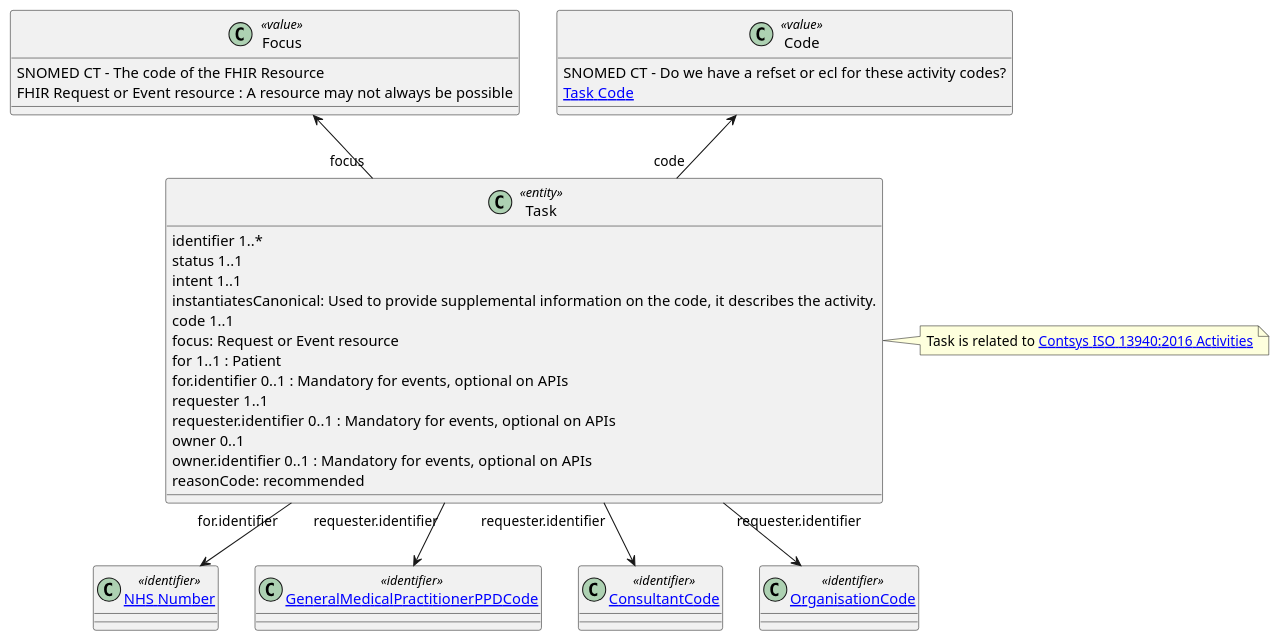
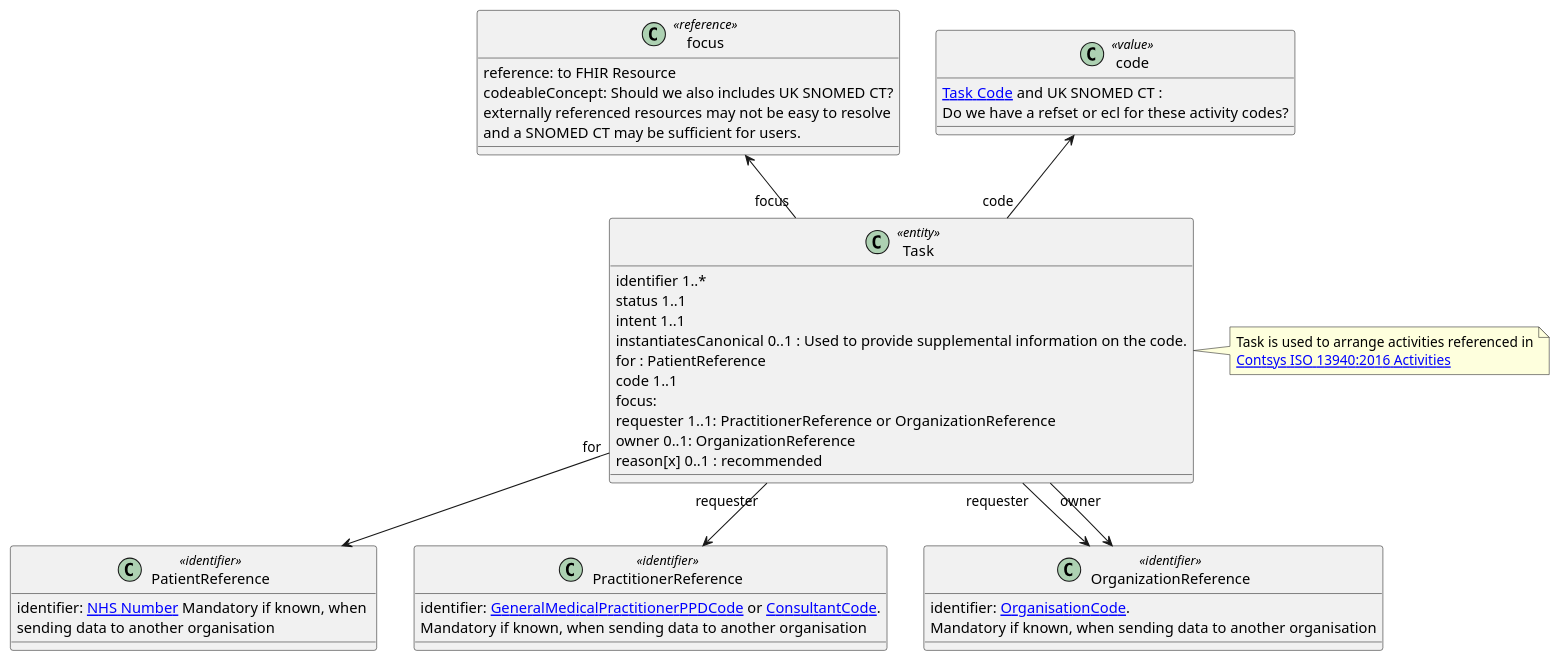
One commit to NHSDigital/IOPS-FHIR-Simplifier-Backup changed the first of 2 diagrams in NHSEnglandProgrammeImplementationGuides/backup/guides/National-Proxy-Service/Home/Design/Workflow.page.md. Above: the diagram before and after it, drawn with PlantUML. The commit also changed 28 other files, not shown here.

```diff
--- a/NHSEnglandProgrammeImplementationGuides/backup/guides/National-Proxy-Service/Home/Design/Workflow.page.md
+++ b/NHSEnglandProgrammeImplementationGuides/backup/guides/National-Proxy-Service/Home/Design/Workflow.page.md
@@ -6,51 +6,55 @@
 @startuml
 
 class Task <<entity>> {
 identifier 1..*
 status 1..1
 intent 1..1
-instantiatesCanonical: Used to provide supplemental information on the code, it describes the activity. 
+instantiatesCanonical 0..1 : Used to provide supplemental information on the code. 
+for : PatientReference
 code 1..1
-focus: Request or Event resource
-for 1..1 : Patient
-for.identifier 0..1 : Mandatory for events, optional on APIs
-requester 1..1
-requester.identifier 0..1 : Mandatory for events, optional on APIs
-owner 0..1
-owner.identifier 0..1 : Mandatory for events, optional on APIs
-reasonCode: recommended
+focus: 
+requester 1..1: PractitionerReference  or OrganizationReference
+owner 0..1: OrganizationReference
+reason[x] 0..1 : recommended
 }
 note right 
-Task is related to [[https://contsys.org/package/7+Concepts+related+to+activities Contsys ISO 13940:2016 Activities]]
+Task is used to arrange activities referenced in
+[[https://contsys.org/package/7+Concepts+related+to+activities Contsys ISO 13940:2016 Activities]]
 end note
 
-class "[[https://www.datadictionary.nhs.uk/data_elements/nhs_number.htm NHS Number]]" as NHSNumber <<identifier>> {
+
+class code <<value>> {
+[[https://hl7.org/fhir/R4/valueset-task-code.html Task Code]] and UK SNOMED CT : \nDo we have a refset or ecl for these activity codes?
 
 }
 
-class "[[https://www.datadictionary.nhs.uk/attributes/general_medical_practitioner_ppd_code.html GeneralMedicalPractitionerPPDCode]]" as GeneralMedicalPractitioner  <<identifier>>
-
-class "[[https://www.datadictionary.nhs.uk/data_elements/consultant_code.htm ConsultantCode]]" as ConsultantCode  <<identifier>>
-
-class "[[https://www.datadictionary.nhs.uk/attributes/organisation_code.html OrganisationCode]]" as OrganisationCode  <<identifier>>
-
-class Code <<value>> {
-SNOMED CT - Do we have a refset or ecl for these activity codes?
-[[https://hl7.org/fhir/R4/valueset-task-code.html Task Code]]
+class focus <<reference>> {
+reference: to FHIR Resource
+codeableConcept: Should we also includes UK SNOMED CT?
+externally referenced resources may not be easy to resolve
+and a SNOMED CT may be sufficient for users. 
 }
 
-class Focus <<value>> {
-SNOMED CT - The code of the FHIR Resource 
-FHIR Request or Event resource : A resource may not always be possible
+class PatientReference <<identifier>> {
+  identifier: [[https://www.datadictionary.nhs.uk/data_elements/nhs_number.htm NHS Number]] Mandatory if known, when \nsending data to another organisation
 }
 
-Task "for.identifier" --> NHSNumber
+class PractitionerReference <<identifier>> {
+identifier: [[https://www.datadictionary.nhs.uk/attributes/general_medical_practitioner_ppd_code.html GeneralMedicalPractitionerPPDCode]] or [[https://www.datadictionary.nhs.uk/data_elements/consultant_code.htm ConsultantCode]].\nMandatory if known, when sending data to another organisation
+}
 
-Task "requester.identifier" --> ConsultantCode
-Task "requester.identifier" --> GeneralMedicalPractitioner
-Task "requester.identifier" --> OrganisationCode
+class OrganizationReference <<identifier>> {
+  identifier: [[https://www.datadictionary.nhs.uk/attributes/organisation_code.html OrganisationCode]].\nMandatory if known, when sending data to another organisation
+}
 
-Task "code" -u-> Code 
-Task "focus" -u-> Focus
+Task "for" --> PatientReference
 
-@enduml 
+Task "requester" --> PractitionerReference
+Task "requester" --> OrganizationReference
+
+Task "owner" --> OrganizationReference
+
+Task "code" -u-> code 
+Task "focus" -u-> focus
+
+@enduml
```
